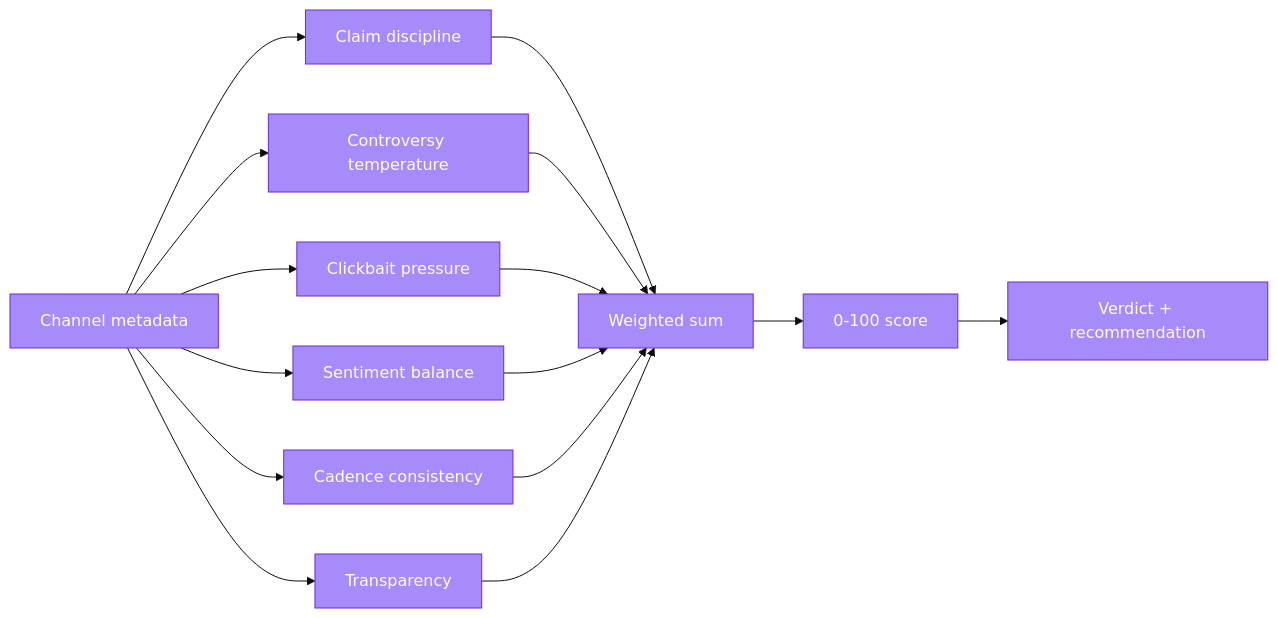
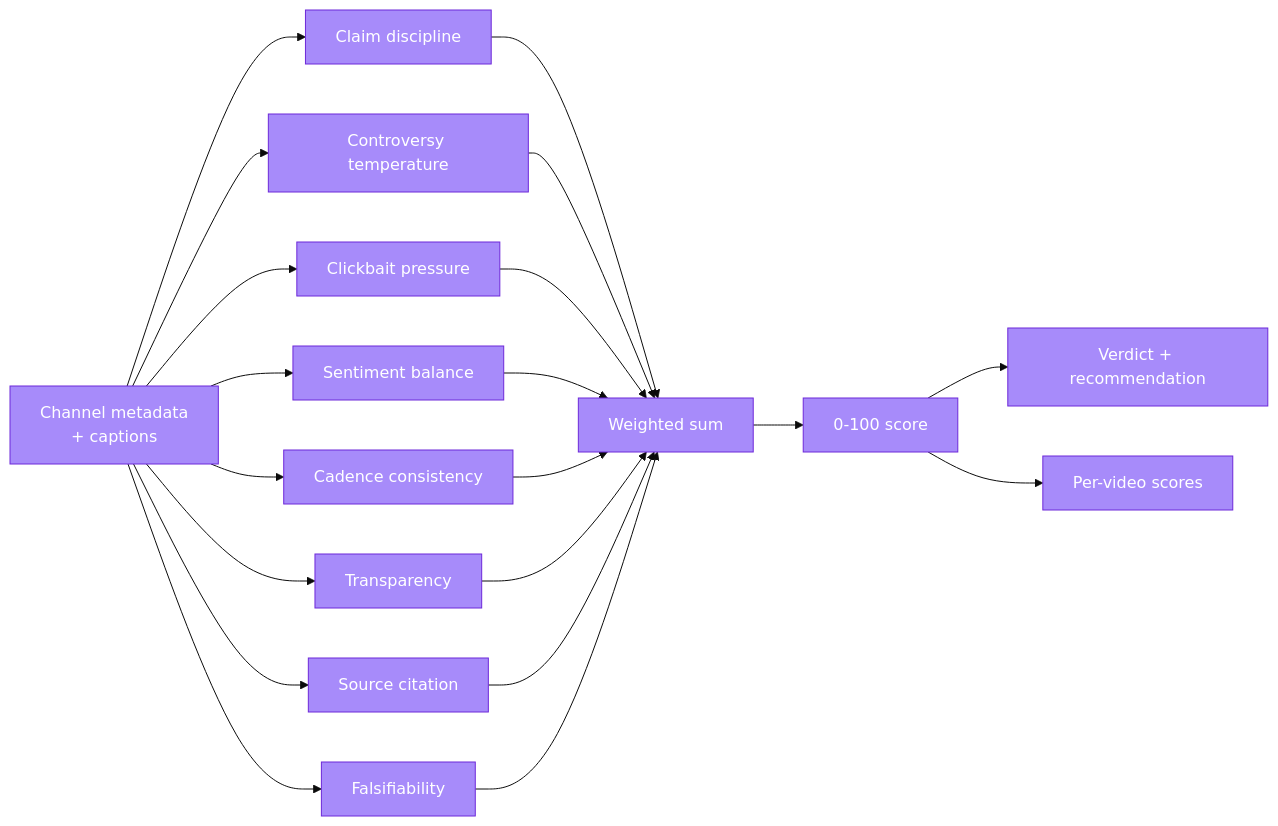
One commit to aniruddhaadak80/truthlens changed the third of 9 diagrams in README.md. Above: the diagram before and after it, drawn with Mermaid (base theme). The commit also changed other lines of this file and 28 other files, not shown here.

First line of the commit message:
Engine v2026.2.0: caption-aware scoring, claim ledger, drift, and comparison

````diff
--- a/README.md
+++ b/README.md
@@ -213,20 +235,25 @@
 ```mermaid
 graph LR
-  IN[Channel metadata] --> F1[Claim discipline]
+  IN[Channel metadata<br/>+ captions] --> F1[Claim discipline]
   IN --> F2[Controversy temperature]
   IN --> F3[Clickbait pressure]
   IN --> F4[Sentiment balance]
   IN --> F5[Cadence consistency]
   IN --> F6[Transparency]
+  IN --> F7[Source citation]
+  IN --> F8[Falsifiability]
   F1 --> W[Weighted sum]
   F2 --> W
   F3 --> W
   F4 --> W
   F5 --> W
   F6 --> W
+  F7 --> W
+  F8 --> W
   W --> SCORE[0-100 score]
-  SCORE --> VERDICT[Verdict + recommendation]
+  SCORE --> V[Verdict + recommendation]
+  SCORE --> PV[Per-video scores]
   classDef engine fill:#a78bfa,stroke:#6d28d9,color:#ffffff
-  classDef infra fill:#94a3b8,stroke:#475569,color:#ffffff
-  class IN,F1,F2,F3,F4,F5,F6,W,SCORE,VERDICT engine
+  classDef live fill:#22d3ee,stroke:#0e7490,color:#06222a
+  class IN,F1,F2,F3,F4,F5,F6,F7,F8,W,SCORE,V,PV engine
 ```
````
